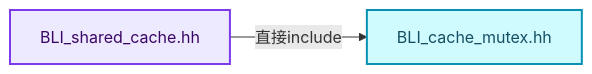
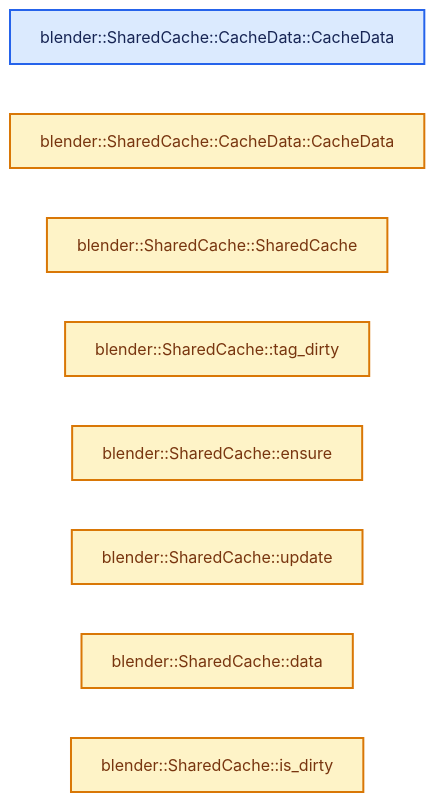
The second of 4 diagrams in 杂/markdown/全面学习-codex/06-隐式共享与缓存系统/07-SharedCache跨对象复用.md (yunkezengren/blender-.vscode), drawn with Mermaid before and after one commit. The commit also changed other lines of this file and 1930 other files, not shown here.

````diff
--- a/杂/markdown/全面学习-codex/06-隐式共享与缓存系统/07-SharedCache跨对象复用.md
+++ b/杂/markdown/全面学习-codex/06-隐式共享与缓存系统/07-SharedCache跨对象复用.md
@@ -85,12 +46,17 @@
 ```mermaid
 flowchart LR
-  S["BLI_shared_cache.hh"]:::abstraction
-  I0["BLI_cache_mutex.hh"]:::data
-  S -->|"直接include"| I0
+  F0["blender::SharedCache::CacheData::CacheData"]:::input
+  F1["blender::SharedCache::CacheData::CacheData"]:::compute
+  F2["blender::SharedCache::SharedCache"]:::compute
+  F3["blender::SharedCache::tag_dirty"]:::compute
+  F4["blender::SharedCache::ensure"]:::compute
+  F5["blender::SharedCache::update"]:::compute
+  F6["blender::SharedCache::data"]:::compute
+  F7["blender::SharedCache::is_dirty"]:::compute
   classDef input fill:#DBEAFE,stroke:#2563EB,color:#172554,stroke-width:2px;
   classDef data fill:#CFFAFE,stroke:#0891B2,color:#164E63,stroke-width:2px;
   classDef abstraction fill:#EDE9FE,stroke:#7C3AED,color:#3B0764,stroke-width:2px;
   classDef compute fill:#FEF3C7,stroke:#D97706,color:#78350F,stroke-width:2px;
   classDef result fill:#DCFCE7,stroke:#16A34A,color:#14532D,stroke-width:2px;
   classDef error fill:#FEE2E2,stroke:#DC2626,color:#7F1D1D,stroke-width:2px;
 ```
````
